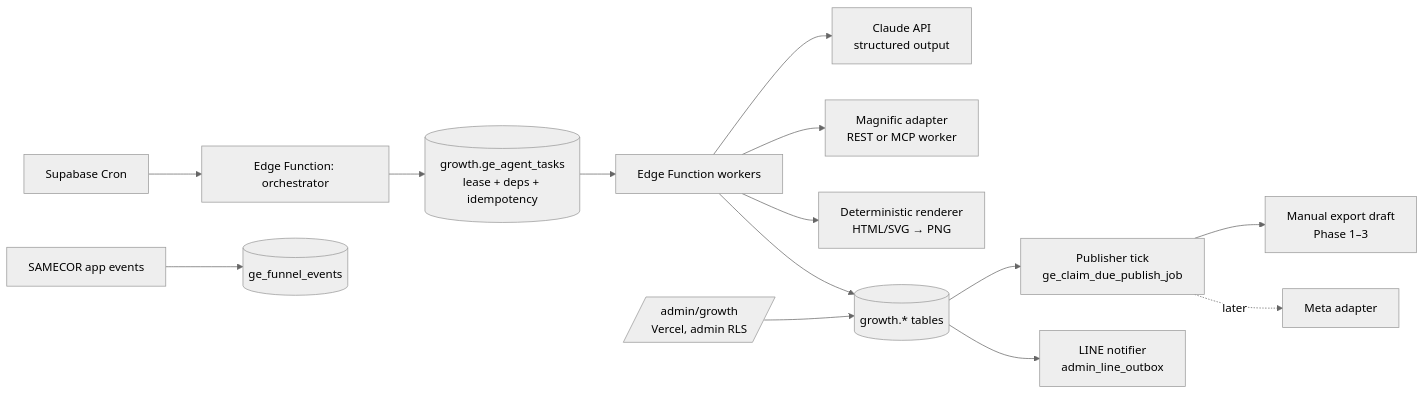
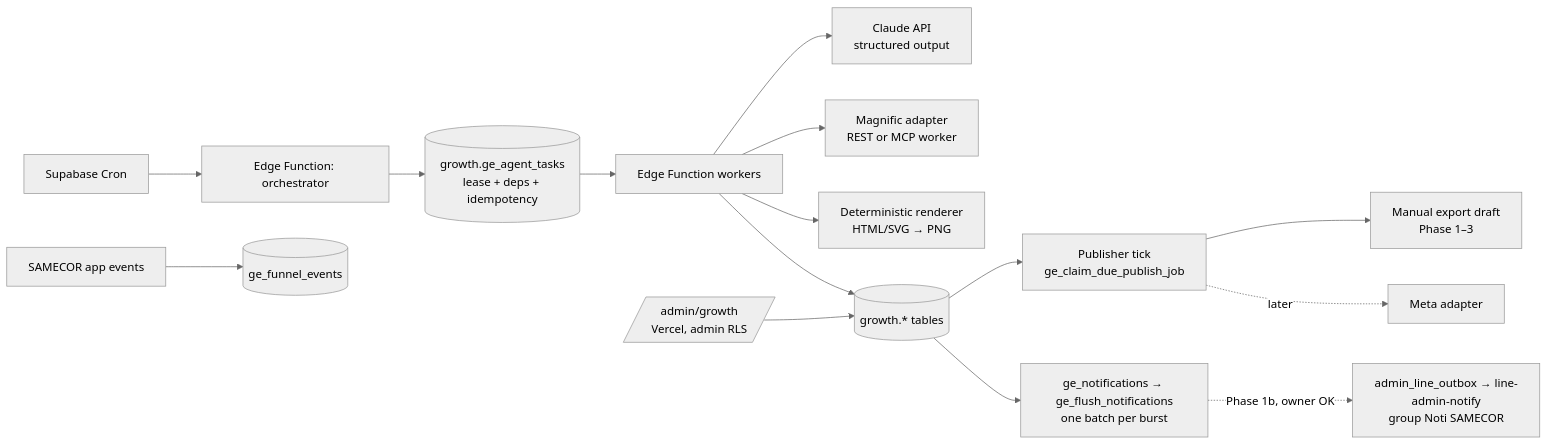
The diagram in Anthem-Code/docs/growth-engine/02-system-architecture.md (passawutaplus/AunAun), drawn with Mermaid (neutral theme) before and after one commit. The commit also changed other lines of this file and 16 other files, not shown here.

First line of the commit message:
feat(growth): every Growth Engine notification to the LINE admin group (mock)

````diff
--- a/Anthem-Code/docs/growth-engine/02-system-architecture.md
+++ b/Anthem-Code/docs/growth-engine/02-system-architecture.md
@@ -3,16 +3,17 @@
 ```mermaid
 flowchart LR
   Cron[Supabase Cron] --> Orch[Edge Function: orchestrator]
   Orch --> Q[(growth.ge_agent_tasks<br/>lease + deps + idempotency)]
   Q --> W[Edge Function workers]
   W --> Claude[Claude API<br/>structured output]
   W --> Mag[Magnific adapter<br/>REST or MCP worker]
   W --> R[Deterministic renderer<br/>HTML/SVG → PNG]
   W --> DB[(growth.* tables)]
   Dash[/admin/growth<br/>Vercel, admin RLS/] --> DB
   DB --> Pub[Publisher tick<br/>ge_claim_due_publish_job]
   Pub --> Exp[Manual export draft<br/>Phase 1–3]
   Pub -. later .-> Meta[Meta adapter]
-  DB --> Line[LINE notifier<br/>admin_line_outbox]
+  DB --> Notif[ge_notifications → ge_flush_notifications<br/>one batch per burst]
+  Notif -. Phase 1b, owner OK .-> Line[admin_line_outbox → line-admin-notify<br/>group Noti SAMECOR]
   App[SAMECOR app events] --> Funnel[(ge_funnel_events)]
 ```
````
